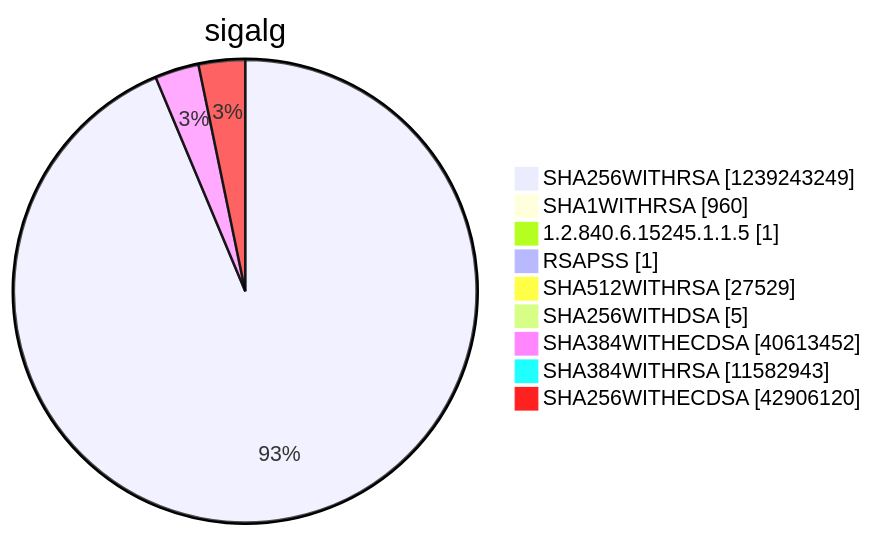
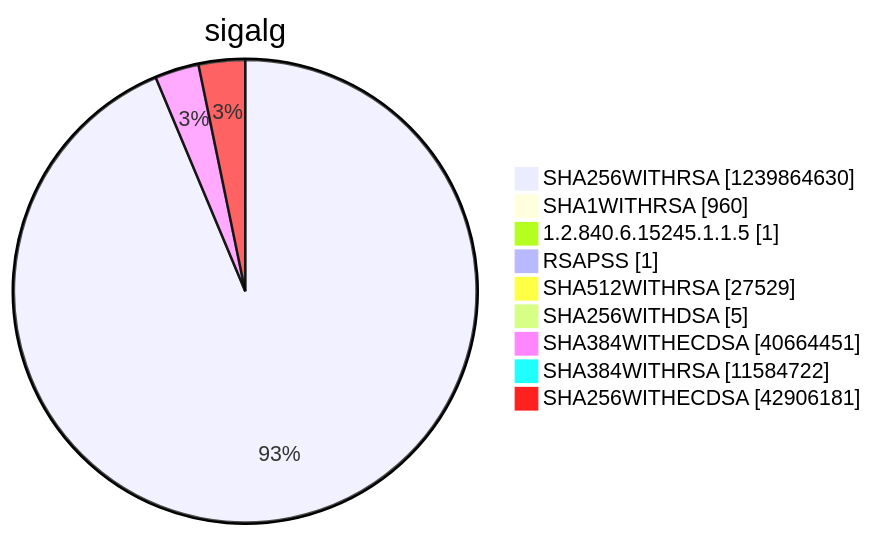
Diagram 15 of 15 in argon2022/README.md (christiankrug/ctmonitor_visualization), drawn with Mermaid before and after one commit. The commit also changed other lines of this file, not shown here.

````diff
--- a/argon2022/README.md
+++ b/argon2022/README.md
@@ -5522,13 +5522,13 @@
 ```mermaid
 pie showData
 title sigalg
-"SHA256WITHRSA" :1239243249
+"SHA256WITHRSA" :1239864630
 "SHA1WITHRSA" :960
 "1.2.840.6.15245.1.1.5" :1
 "RSAPSS" :1
 "SHA512WITHRSA" :27529
 "SHA256WITHDSA" :5
-"SHA384WITHECDSA" :40613452
-"SHA384WITHRSA" :11582943
-"SHA256WITHECDSA" :42906120
+"SHA384WITHECDSA" :40664451
+"SHA384WITHRSA" :11584722
+"SHA256WITHECDSA" :42906181
 ```
````
